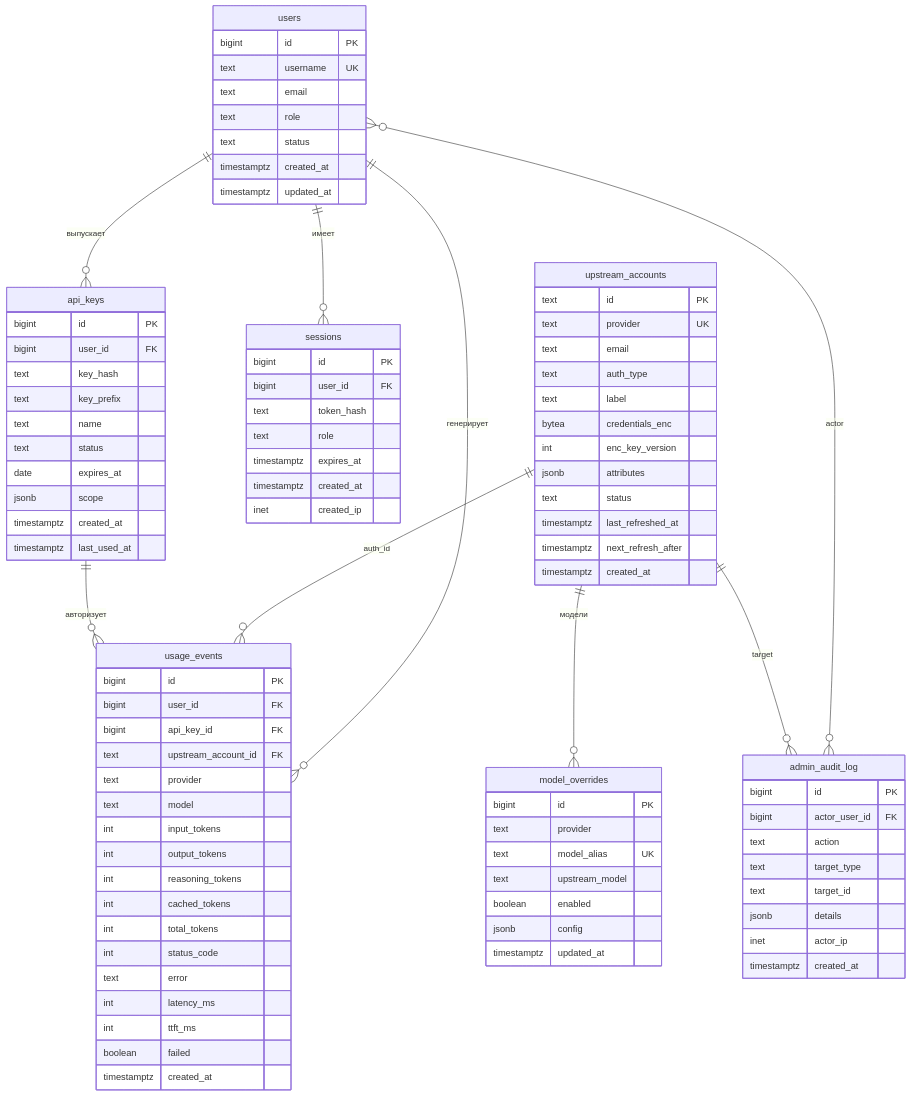
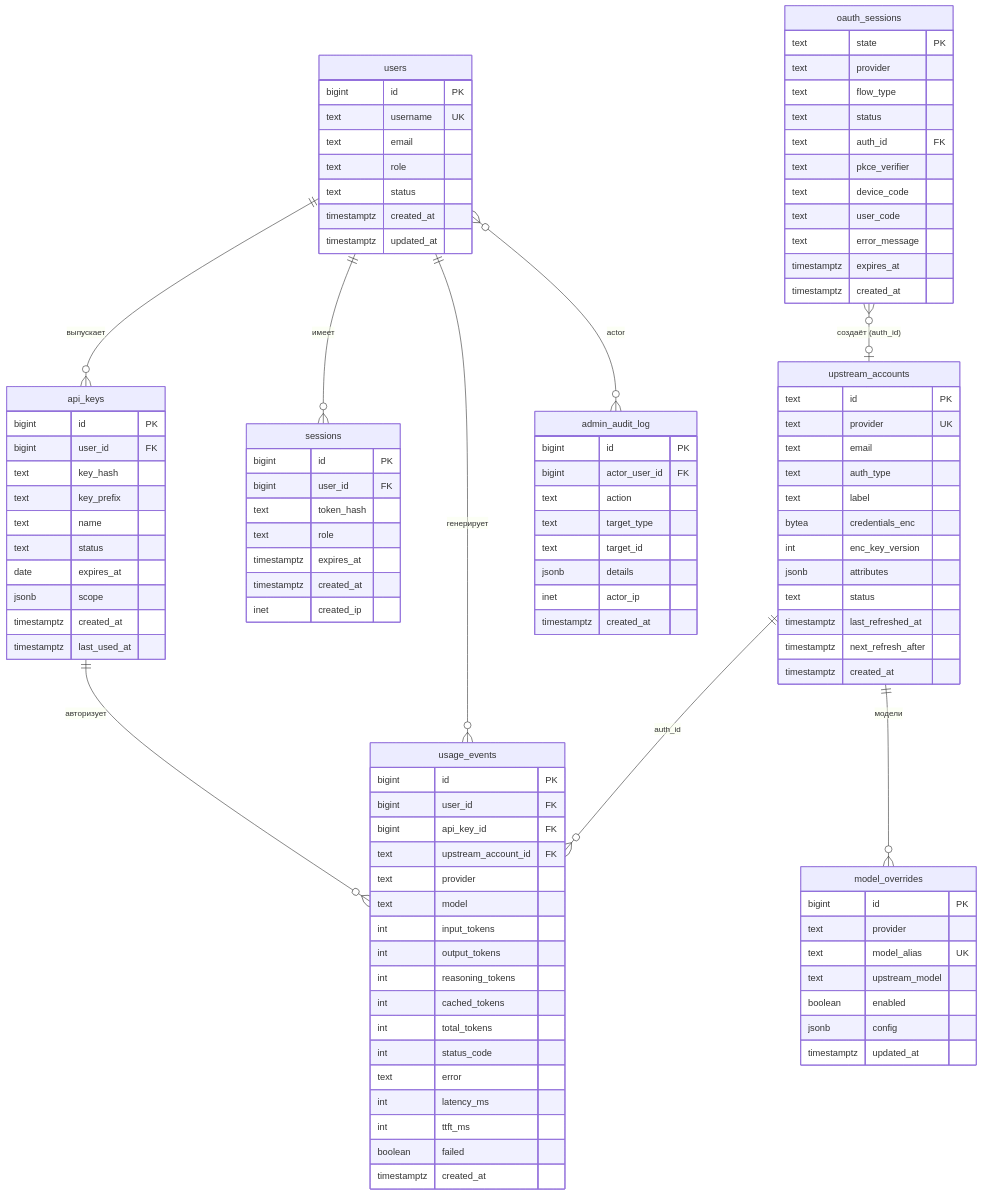
The diagram in docs/database-schema.md (ilyast91/CLIProxyNew), drawn with Mermaid before and after one commit. The commit also changed 2 other files, not shown here.

Commit message:
docs: актуализация всех mermaid-диаграмм
Критические (противоречили дизайну/рассинхрон):
1. architecture.md OAuth-sequence (§6): переписана под актуальный R9.A.1 —
   своя реализация через FlowManager (не блокирующий sdkAuth.Manager.Login),
   сессии в Postgres, ручной copy-paste callback
2. database-schema.md ER: добавлена таблица oauth_sessions + связь
   с upstream_accounts; убрана неверная прямая связь admin_audit_log →
   upstream_accounts (target_id полиморфный, без FK)
3. architecture.md overview graph: добавлены новые компоненты auth/ldap,
   auth/oauth (FlowManager), auth/testing (Checker); разделены пакеты;
   service-bind к LDAP явно

Смысловые:
4. wiring: RegisterTokenStore к participant sdkAuth (не config)
5. auto-refresh: убрана точка в participant as (ProviderExecutor.Refresh → ProviderExecutor)
6. overview: LDAP вынесен из DS subgraph (он внешний сервис, не наше хранилище)

Мелкие:
7. inference: сокращена длинная Note over Gin
8. deployment: ConfigMap/Secret ко всем Pod'ам (не только P1)
9. design: A->>Prov (админ действует вне системы) заменён на Note over A
   в callback и device flow

````diff
--- a/docs/database-schema.md
+++ b/docs/database-schema.md
@@ -26,10 +26,11 @@
     users }o--o{ admin_audit_log : "actor"
 
     upstream_accounts ||--o{ usage_events : "auth_id"
-    upstream_accounts ||--o{ admin_audit_log : "target"
     upstream_accounts ||--o{ model_overrides : "модели"
 
     api_keys ||--o{ usage_events : "авторизует"
+
+    oauth_sessions }o--o| upstream_accounts : "создаёт (auth_id)"
 
     users {
         bigint id PK
@@ -119,4 +120,18 @@
         inet actor_ip
         timestamptz created_at
     }
+
+    oauth_sessions {
+        text state PK
+        text provider
+        text flow_type
+        text status
+        text auth_id FK
+        text pkce_verifier
+        text device_code
+        text user_code
+        text error_message
+        timestamptz expires_at
+        timestamptz created_at
+    }
 ```
````
